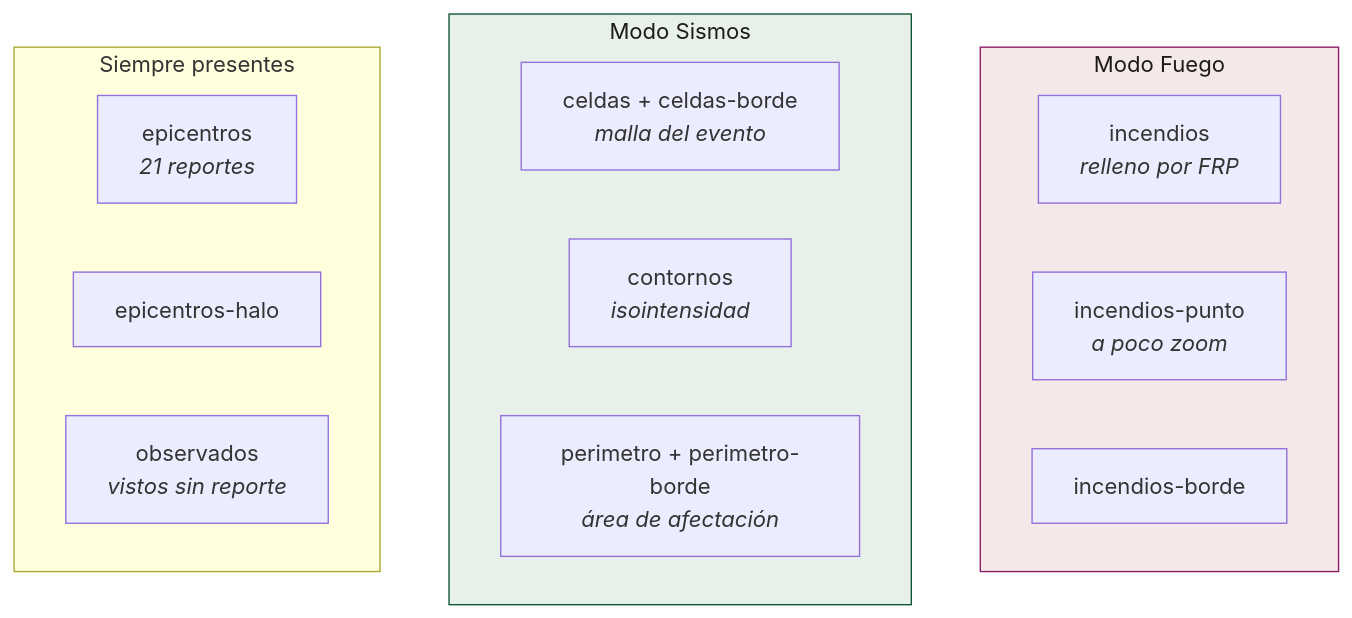
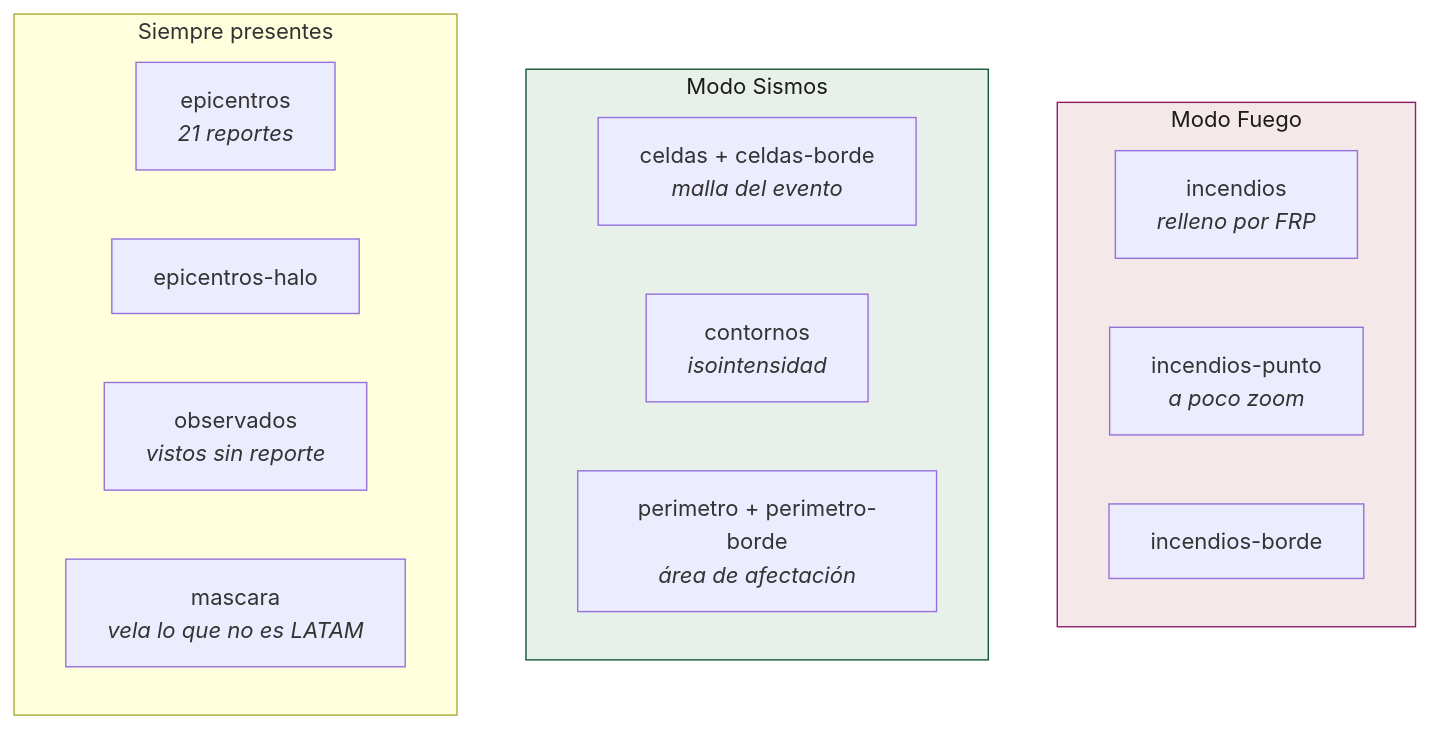
The first of 2 diagrams in docs/visor/capas-y-modos.md (sforero77/CENTINELA), drawn with Mermaid before and after one commit. The commit also changed other lines of this file and 12 other files, not shown here.

````diff
--- a/docs/visor/capas-y-modos.md
+++ b/docs/visor/capas-y-modos.md
@@ -7,21 +8,22 @@
 ```mermaid
 flowchart TB
   subgraph fuego["Modo Fuego"]
     F1["incendios<br/><i>relleno por FRP</i>"]
     F2["incendios-punto<br/><i>a poco zoom</i>"]
     F3["incendios-borde"]
   end
   subgraph sismos["Modo Sismos"]
     S1["celdas + celdas-borde<br/><i>malla del evento</i>"]
     S2["contornos<br/><i>isointensidad</i>"]
     S3["perimetro + perimetro-borde<br/><i>área de afectación</i>"]
   end
   subgraph siempre["Siempre presentes"]
     A1["epicentros<br/><i>21 reportes</i>"]
     A2["epicentros-halo"]
     A3["observados<br/><i>vistos sin reporte</i>"]
+    A4["mascara<br/><i>vela lo que no es LATAM</i>"]
   end
 
   style fuego fill:#f4e8e8,stroke:#8c1d64,color:#1c1b1a
   style sismos fill:#e8f0ea,stroke:#0f5636,color:#1c1b1a
 ```
````
